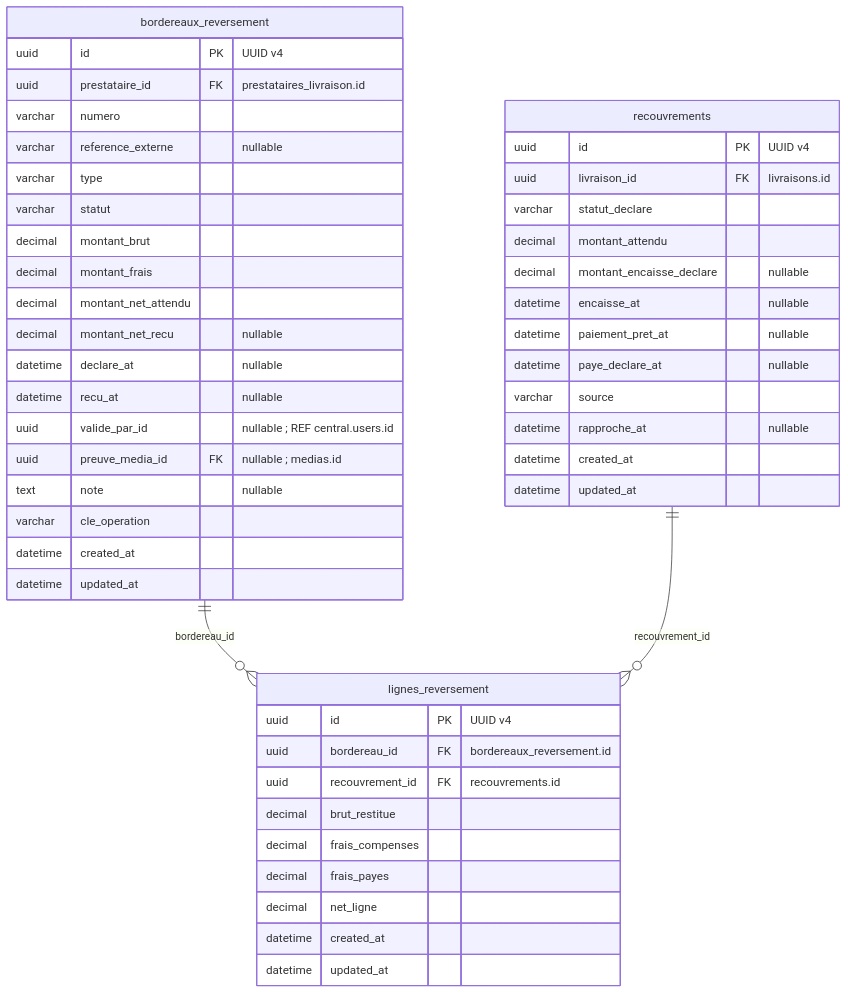
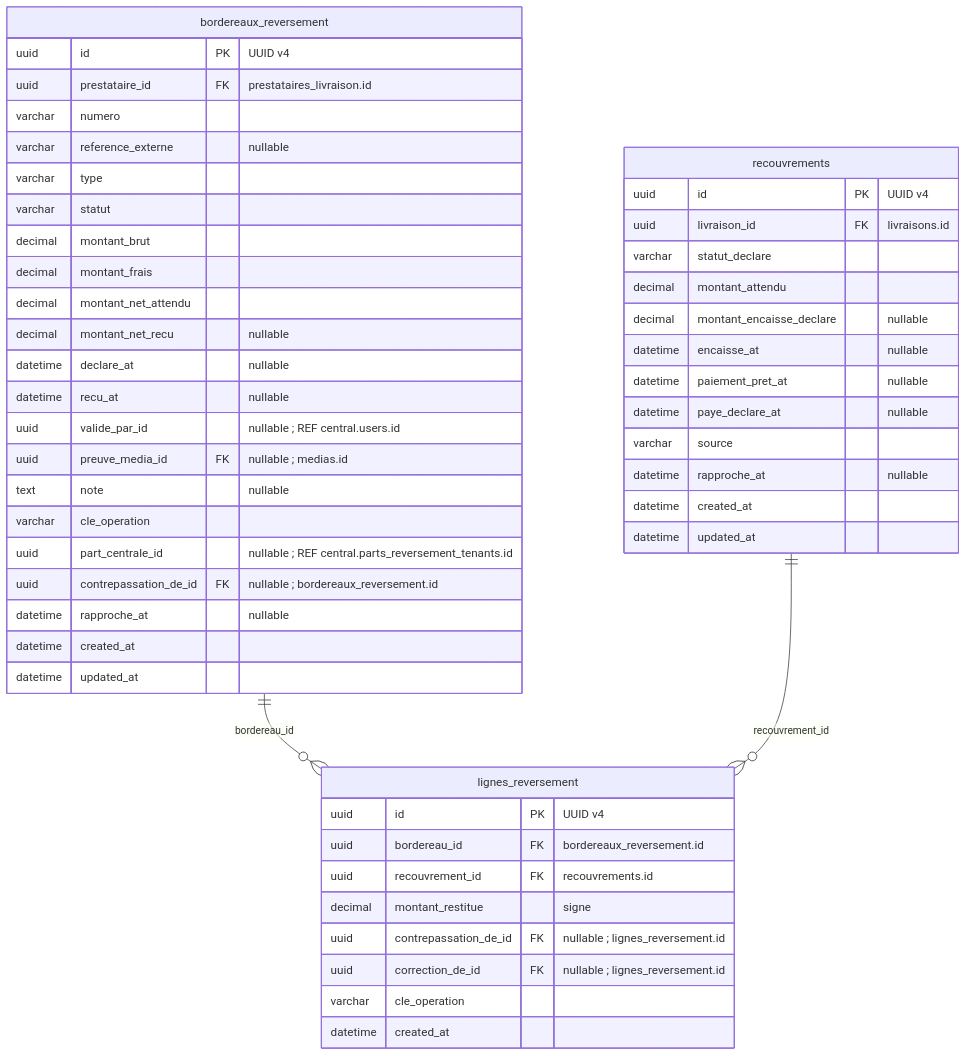
Before and after one commit to unitealfa/saas-ecom: diagram 22 of 26 in Schema-BDD-SaaS-Ecommerce-UUID.md, drawn with Mermaid. The commit also changed other lines of this file, not shown here.

````diff
--- a/Schema-BDD-SaaS-Ecommerce-UUID.md
+++ b/Schema-BDD-SaaS-Ecommerce-UUID.md
@@ -1493,51 +1671,53 @@
 ```mermaid
 erDiagram
     direction TB
     recouvrements {
         uuid id PK "UUID v4"
         uuid livraison_id FK "livraisons.id"
         varchar statut_declare
         decimal montant_attendu
         decimal montant_encaisse_declare "nullable"
         datetime encaisse_at "nullable"
         datetime paiement_pret_at "nullable"
         datetime paye_declare_at "nullable"
         varchar source
         datetime rapproche_at "nullable"
         datetime created_at
         datetime updated_at
     }
     bordereaux_reversement {
         uuid id PK "UUID v4"
         uuid prestataire_id FK "prestataires_livraison.id"
         varchar numero
         varchar reference_externe "nullable"
         varchar type
         varchar statut
         decimal montant_brut
         decimal montant_frais
         decimal montant_net_attendu
         decimal montant_net_recu "nullable"
         datetime declare_at "nullable"
         datetime recu_at "nullable"
         uuid valide_par_id "nullable ; REF central.users.id"
         uuid preuve_media_id FK "nullable ; medias.id"
         text note "nullable"
         varchar cle_operation
+        uuid part_centrale_id "nullable ; REF central.parts_reversement_tenants.id"
+        uuid contrepassation_de_id FK "nullable ; bordereaux_reversement.id"
+        datetime rapproche_at "nullable"
         datetime created_at
         datetime updated_at
     }
     lignes_reversement {
         uuid id PK "UUID v4"
         uuid bordereau_id FK "bordereaux_reversement.id"
         uuid recouvrement_id FK "recouvrements.id"
-        decimal brut_restitue
-        decimal frais_compenses
-        decimal frais_payes
-        decimal net_ligne
+        decimal montant_restitue "signe"
+        uuid contrepassation_de_id FK "nullable ; lignes_reversement.id"
+        uuid correction_de_id FK "nullable ; lignes_reversement.id"
+        varchar cle_operation
         datetime created_at
-        datetime updated_at
     }
     bordereaux_reversement ||--o{ lignes_reversement : bordereau_id
     recouvrements ||--o{ lignes_reversement : recouvrement_id
 ```
````
